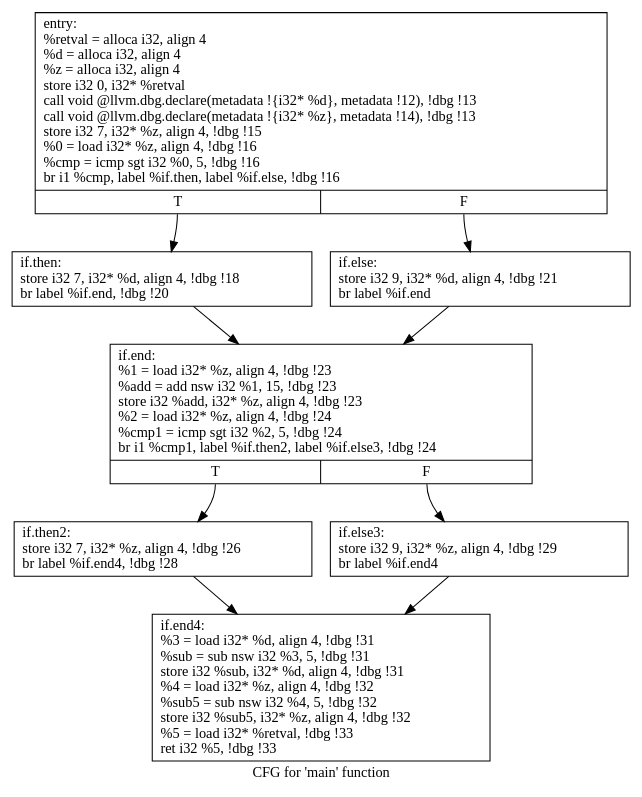
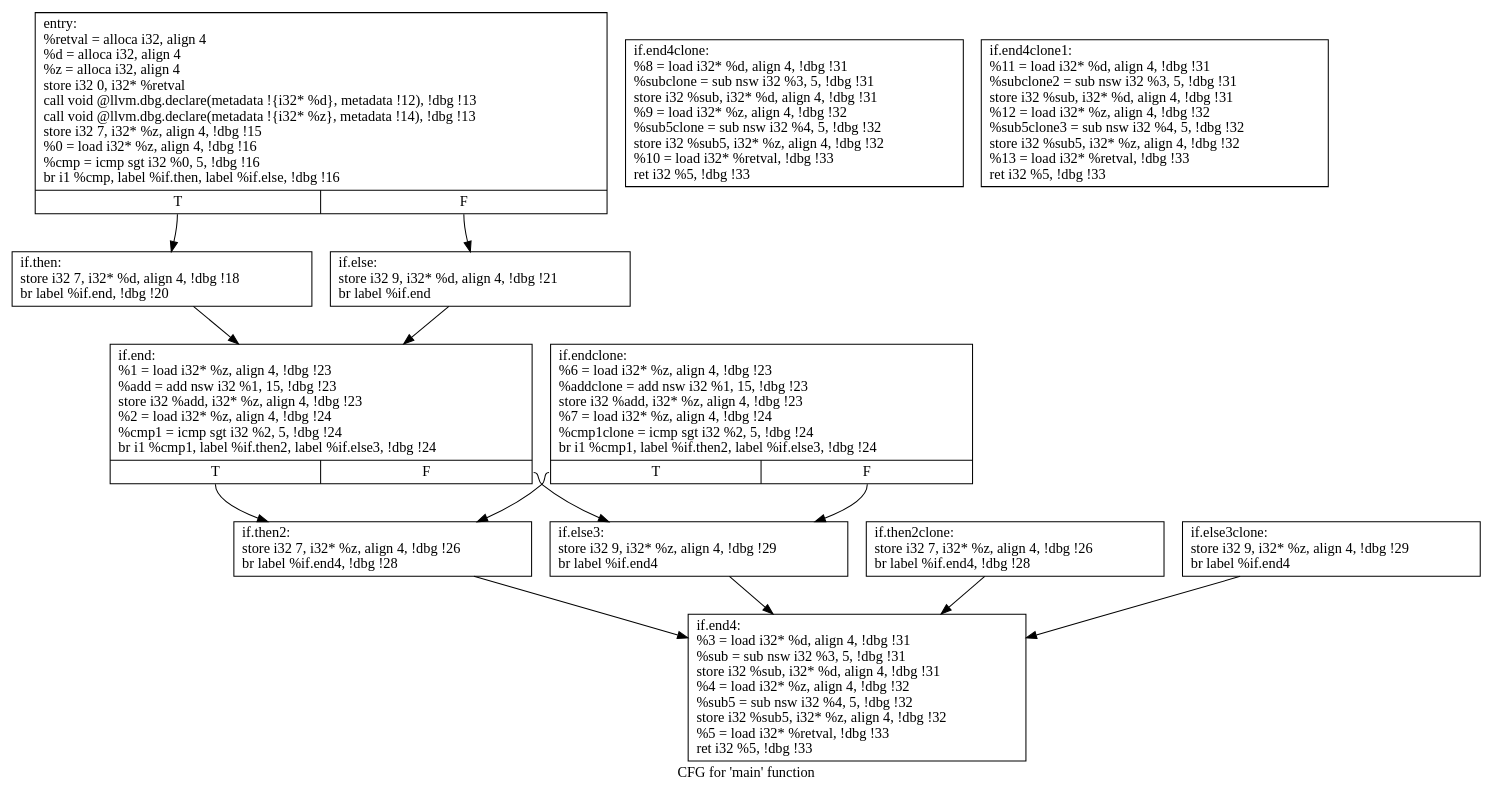
One commit to ddr2108/CS6241-Array_Bounding changed the diagram in Work/Pass/Part 3/cfg.main.dot. Above: the diagram before and after it, drawn with Graphviz. The commit also changed 2 other files, not shown here.

```diff
--- a/Work/Pass/Part 3/cfg.main.dot
+++ b/Work/Pass/Part 3/cfg.main.dot
@@ -1,19 +1,28 @@
 digraph "CFG for 'main' function" {
 	label="CFG for 'main' function";
 
-	Node0x27f63e0 [shape=record,label="{entry:\l  %retval = alloca i32, align 4\l  %d = alloca i32, align 4\l  %z = alloca i32, align 4\l  store i32 0, i32* %retval\l  call void @llvm.dbg.declare(metadata !\{i32* %d\}, metadata !12), !dbg !13\l  call void @llvm.dbg.declare(metadata !\{i32* %z\}, metadata !14), !dbg !13\l  store i32 7, i32* %z, align 4, !dbg !15\l  %0 = load i32* %z, align 4, !dbg !16\l  %cmp = icmp sgt i32 %0, 5, !dbg !16\l  br i1 %cmp, label %if.then, label %if.else, !dbg !16\l|{<s0>T|<s1>F}}"];
-	Node0x27f63e0:s0 -> Node0x27f17b0;
-	Node0x27f63e0:s1 -> Node0x27f1810;
-	Node0x27f17b0 [shape=record,label="{if.then:                                          \l  store i32 7, i32* %d, align 4, !dbg !18\l  br label %if.end, !dbg !20\l}"];
-	Node0x27f17b0 -> Node0x27f1870;
-	Node0x27f1810 [shape=record,label="{if.else:                                          \l  store i32 9, i32* %d, align 4, !dbg !21\l  br label %if.end\l}"];
-	Node0x27f1810 -> Node0x27f1870;
-	Node0x27f1870 [shape=record,label="{if.end:                                           \l  %1 = load i32* %z, align 4, !dbg !23\l  %add = add nsw i32 %1, 15, !dbg !23\l  store i32 %add, i32* %z, align 4, !dbg !23\l  %2 = load i32* %z, align 4, !dbg !24\l  %cmp1 = icmp sgt i32 %2, 5, !dbg !24\l  br i1 %cmp1, label %if.then2, label %if.else3, !dbg !24\l|{<s0>T|<s1>F}}"];
-	Node0x27f1870:s0 -> Node0x27f18d0;
-	Node0x27f1870:s1 -> Node0x27f1930;
-	Node0x27f18d0 [shape=record,label="{if.then2:                                         \l  store i32 7, i32* %z, align 4, !dbg !26\l  br label %if.end4, !dbg !28\l}"];
-	Node0x27f18d0 -> Node0x27f1990;
-	Node0x27f1930 [shape=record,label="{if.else3:                                         \l  store i32 9, i32* %z, align 4, !dbg !29\l  br label %if.end4\l}"];
-	Node0x27f1930 -> Node0x27f1990;
-	Node0x27f1990 [shape=record,label="{if.end4:                                          \l  %3 = load i32* %d, align 4, !dbg !31\l  %sub = sub nsw i32 %3, 5, !dbg !31\l  store i32 %sub, i32* %d, align 4, !dbg !31\l  %4 = load i32* %z, align 4, !dbg !32\l  %sub5 = sub nsw i32 %4, 5, !dbg !32\l  store i32 %sub5, i32* %z, align 4, !dbg !32\l  %5 = load i32* %retval, !dbg !33\l  ret i32 %5, !dbg !33\l}"];
+	Node0x2d583e0 [shape=record,label="{entry:\l  %retval = alloca i32, align 4\l  %d = alloca i32, align 4\l  %z = alloca i32, align 4\l  store i32 0, i32* %retval\l  call void @llvm.dbg.declare(metadata !\{i32* %d\}, metadata !12), !dbg !13\l  call void @llvm.dbg.declare(metadata !\{i32* %z\}, metadata !14), !dbg !13\l  store i32 7, i32* %z, align 4, !dbg !15\l  %0 = load i32* %z, align 4, !dbg !16\l  %cmp = icmp sgt i32 %0, 5, !dbg !16\l  br i1 %cmp, label %if.then, label %if.else, !dbg !16\l|{<s0>T|<s1>F}}"];
+	Node0x2d583e0:s0 -> Node0x2d537b0;
+	Node0x2d583e0:s1 -> Node0x2d53810;
+	Node0x2d537b0 [shape=record,label="{if.then:                                          \l  store i32 7, i32* %d, align 4, !dbg !18\l  br label %if.end, !dbg !20\l}"];
+	Node0x2d537b0 -> Node0x2d53870;
+	Node0x2d53810 [shape=record,label="{if.else:                                          \l  store i32 9, i32* %d, align 4, !dbg !21\l  br label %if.end\l}"];
+	Node0x2d53810 -> Node0x2d53870;
+	Node0x2d53870 [shape=record,label="{if.end:                                           \l  %1 = load i32* %z, align 4, !dbg !23\l  %add = add nsw i32 %1, 15, !dbg !23\l  store i32 %add, i32* %z, align 4, !dbg !23\l  %2 = load i32* %z, align 4, !dbg !24\l  %cmp1 = icmp sgt i32 %2, 5, !dbg !24\l  br i1 %cmp1, label %if.then2, label %if.else3, !dbg !24\l|{<s0>T|<s1>F}}"];
+	Node0x2d53870:s0 -> Node0x2d538d0;
+	Node0x2d53870:s1 -> Node0x2d53930;
+	Node0x2d538d0 [shape=record,label="{if.then2:                                         \l  store i32 7, i32* %z, align 4, !dbg !26\l  br label %if.end4, !dbg !28\l}"];
+	Node0x2d538d0 -> Node0x2d53990;
+	Node0x2d53930 [shape=record,label="{if.else3:                                         \l  store i32 9, i32* %z, align 4, !dbg !29\l  br label %if.end4\l}"];
+	Node0x2d53930 -> Node0x2d53990;
+	Node0x2d53990 [shape=record,label="{if.end4:                                          \l  %3 = load i32* %d, align 4, !dbg !31\l  %sub = sub nsw i32 %3, 5, !dbg !31\l  store i32 %sub, i32* %d, align 4, !dbg !31\l  %4 = load i32* %z, align 4, !dbg !32\l  %sub5 = sub nsw i32 %4, 5, !dbg !32\l  store i32 %sub5, i32* %z, align 4, !dbg !32\l  %5 = load i32* %retval, !dbg !33\l  ret i32 %5, !dbg !33\l}"];
+	Node0x2d78dc0 [shape=record,label="{if.endclone:                                      \l  %6 = load i32* %z, align 4, !dbg !23\l  %addclone = add nsw i32 %1, 15, !dbg !23\l  store i32 %add, i32* %z, align 4, !dbg !23\l  %7 = load i32* %z, align 4, !dbg !24\l  %cmp1clone = icmp sgt i32 %2, 5, !dbg !24\l  br i1 %cmp1, label %if.then2, label %if.else3, !dbg !24\l|{<s0>T|<s1>F}}"];
+	Node0x2d78dc0:s0 -> Node0x2d538d0;
+	Node0x2d78dc0:s1 -> Node0x2d53930;
+	Node0x2d79180 [shape=record,label="{if.then2clone:                                    \l  store i32 7, i32* %z, align 4, !dbg !26\l  br label %if.end4, !dbg !28\l}"];
+	Node0x2d79180 -> Node0x2d53990;
+	Node0x2d79320 [shape=record,label="{if.else3clone:                                    \l  store i32 9, i32* %z, align 4, !dbg !29\l  br label %if.end4\l}"];
+	Node0x2d79320 -> Node0x2d53990;
+	Node0x2d794c0 [shape=record,label="{if.end4clone:                                     \l  %8 = load i32* %d, align 4, !dbg !31\l  %subclone = sub nsw i32 %3, 5, !dbg !31\l  store i32 %sub, i32* %d, align 4, !dbg !31\l  %9 = load i32* %z, align 4, !dbg !32\l  %sub5clone = sub nsw i32 %4, 5, !dbg !32\l  store i32 %sub5, i32* %z, align 4, !dbg !32\l  %10 = load i32* %retval, !dbg !33\l  ret i32 %5, !dbg !33\l}"];
+	Node0x2d799f0 [shape=record,label="{if.end4clone1:                                    \l  %11 = load i32* %d, align 4, !dbg !31\l  %subclone2 = sub nsw i32 %3, 5, !dbg !31\l  store i32 %sub, i32* %d, align 4, !dbg !31\l  %12 = load i32* %z, align 4, !dbg !32\l  %sub5clone3 = sub nsw i32 %4, 5, !dbg !32\l  store i32 %sub5, i32* %z, align 4, !dbg !32\l  %13 = load i32* %retval, !dbg !33\l  ret i32 %5, !dbg !33\l}"];
 }
```
